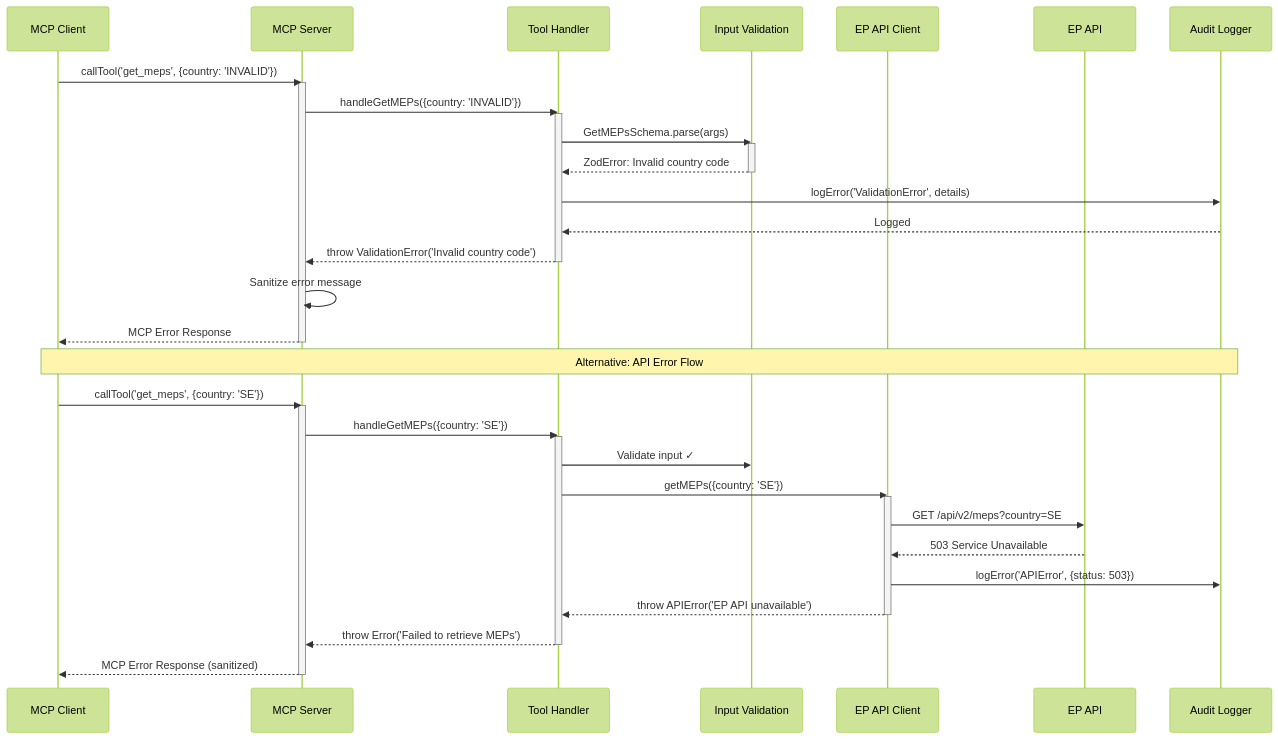
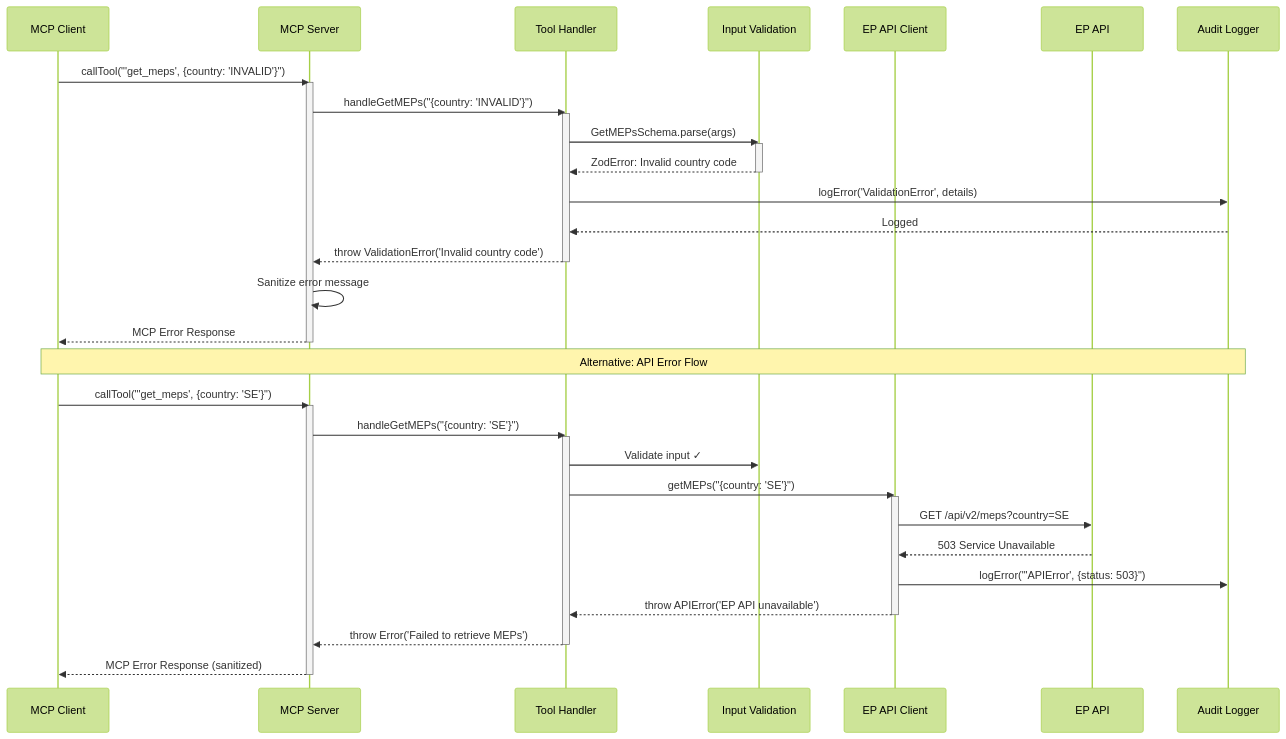
Before and after one commit to Hack23/European-Parliament-MCP-Server: the sixth of 14 diagrams in docs/api/media/ARCHITECTURE_DIAGRAMS.md, drawn with Mermaid (forest theme). The commit also changed other lines of this file and 2197 other files, not shown here.

````diff
--- a/docs/api/media/ARCHITECTURE_DIAGRAMS.md
+++ b/docs/api/media/ARCHITECTURE_DIAGRAMS.md
@@ -444,54 +444,54 @@
 ```mermaid
 sequenceDiagram
     participant Client as MCP Client
     participant Server as MCP Server
     participant Tool as Tool Handler
     participant Validation as Input Validation
     participant EPClient as EP API Client
     participant EPAPI as EP API
     participant Logger as Audit Logger
     
-    Client->>Server: callTool('get_meps', {country: 'INVALID'})
+    Client->>Server: callTool("'get_meps', {country: 'INVALID'}")
     activate Server
     
-    Server->>Tool: handleGetMEPs({country: 'INVALID'})
+    Server->>Tool: handleGetMEPs("{country: 'INVALID'}")
     activate Tool
     
     Tool->>Validation: GetMEPsSchema.parse(args)
     activate Validation
     Validation-->>Tool: ZodError: Invalid country code
     deactivate Validation
     
     Tool->>Logger: logError('ValidationError', details)
     Logger-->>Tool: Logged
     
     Tool-->>Server: throw ValidationError('Invalid country code')
     deactivate Tool
     
     Server->>Server: Sanitize error message
     Server-->>Client: MCP Error Response
     deactivate Server
     
     Note over Client,Logger: Alternative: API Error Flow
     
-    Client->>Server: callTool('get_meps', {country: 'SE'})
+    Client->>Server: callTool("'get_meps', {country: 'SE'}")
     activate Server
-    Server->>Tool: handleGetMEPs({country: 'SE'})
+    Server->>Tool: handleGetMEPs("{country: 'SE'}")
     activate Tool
     Tool->>Validation: Validate input ✓
-    Tool->>EPClient: getMEPs({country: 'SE'})
+    Tool->>EPClient: getMEPs("{country: 'SE'}")
     activate EPClient
     
     EPClient->>EPAPI: GET /api/v2/meps?country=SE
     EPAPI-->>EPClient: 503 Service Unavailable
     
-    EPClient->>Logger: logError('APIError', {status: 503})
+    EPClient->>Logger: logError("'APIError', {status: 503}")
     EPClient-->>Tool: throw APIError('EP API unavailable')
     deactivate EPClient
     
     Tool-->>Server: throw Error('Failed to retrieve MEPs')
     deactivate Tool
     
     Server-->>Client: MCP Error Response (sanitized)
     deactivate Server
 ```
````
